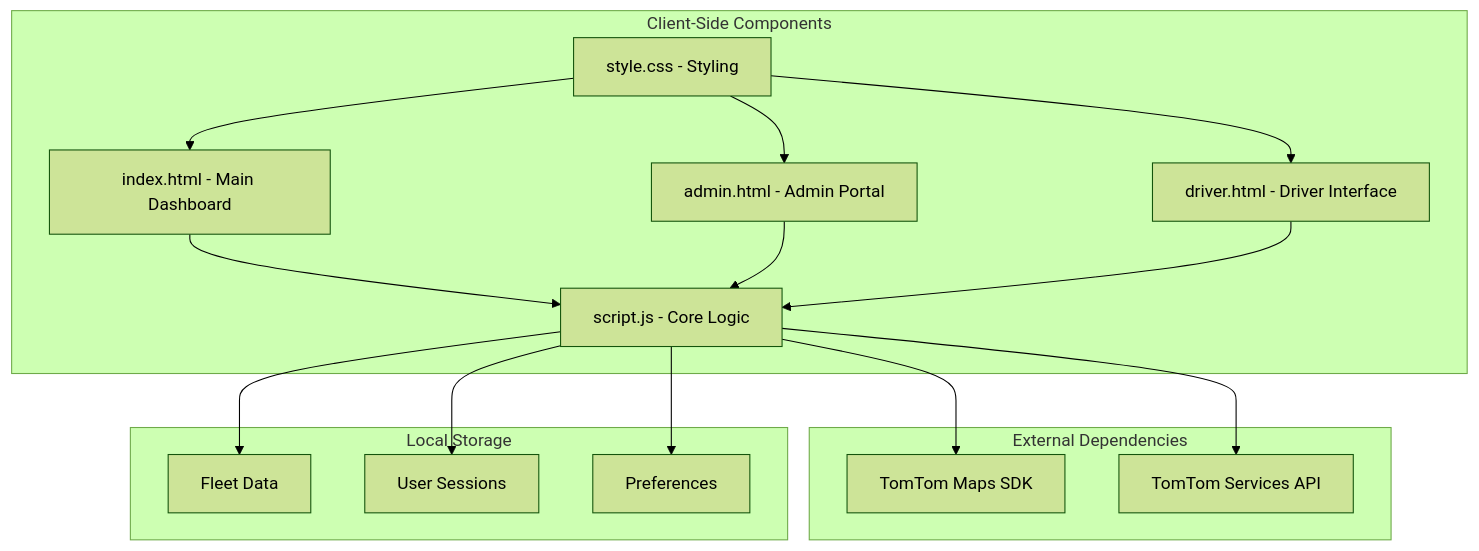
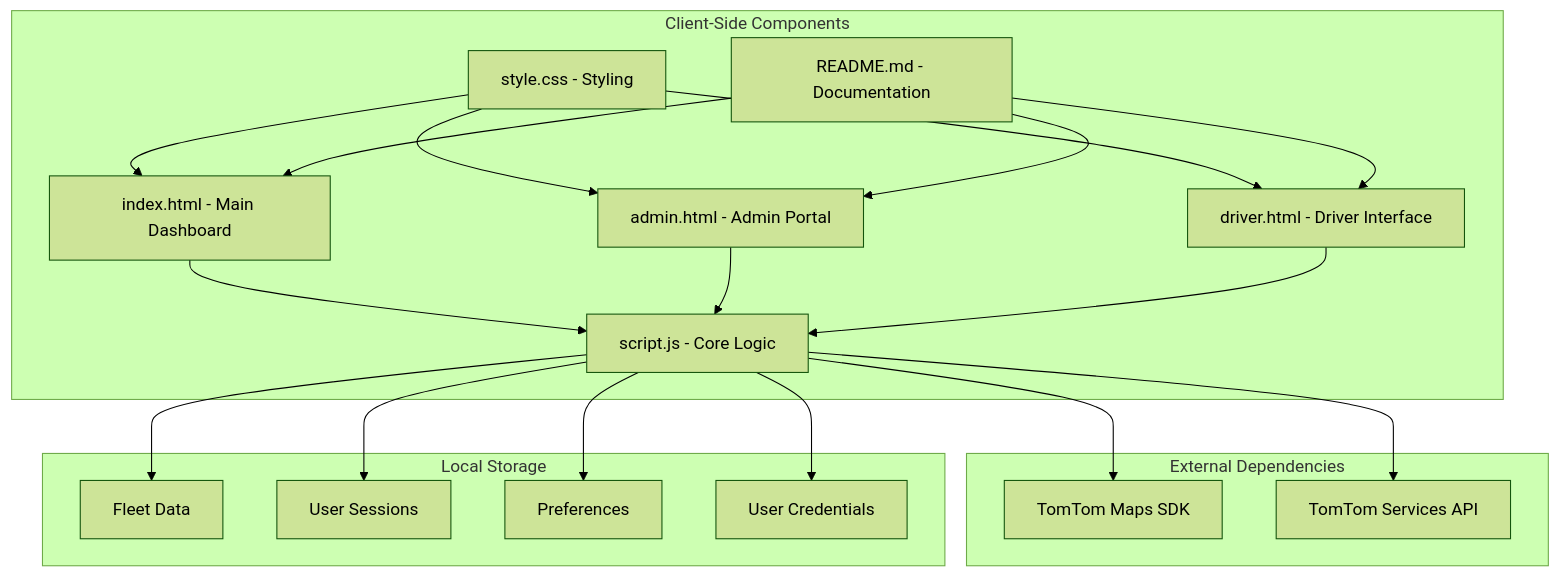
Before and after one commit to Rehanpatel3858/BusTrack-Pro: the diagram in .qoder/repowiki/en/content/Getting Started.md, drawn with Mermaid (forest theme). The commit also changed other lines of this file and 7 other files, not shown here.

````diff
--- a/.qoder/repowiki/en/content/Getting Started.md
+++ b/.qoder/repowiki/en/content/Getting Started.md
@@ -75,30 +88,36 @@
 ```mermaid
 graph TB
 subgraph "Client-Side Components"
 A[index.html - Main Dashboard]
 B[admin.html - Admin Portal]
 C[driver.html - Driver Interface]
 D[script.js - Core Logic]
 E[style.css - Styling]
+F[README.md - Documentation]
 end
 subgraph "External Dependencies"
-F[TomTom Maps SDK]
-G[TomTom Services API]
+G[TomTom Maps SDK]
+H[TomTom Services API]
 end
 subgraph "Local Storage"
-H[Fleet Data]
-I[User Sessions]
-J[Preferences]
+I[Fleet Data]
+J[User Sessions]
+K[Preferences]
+L[User Credentials]
 end
 A --> D
 B --> D
 C --> D
-D --> F
 D --> G
 D --> H
 D --> I
 D --> J
+D --> K
+D --> L
 E --> A
 E --> B
 E --> C
+F --> A
+F --> B
+F --> C
 ```
````
